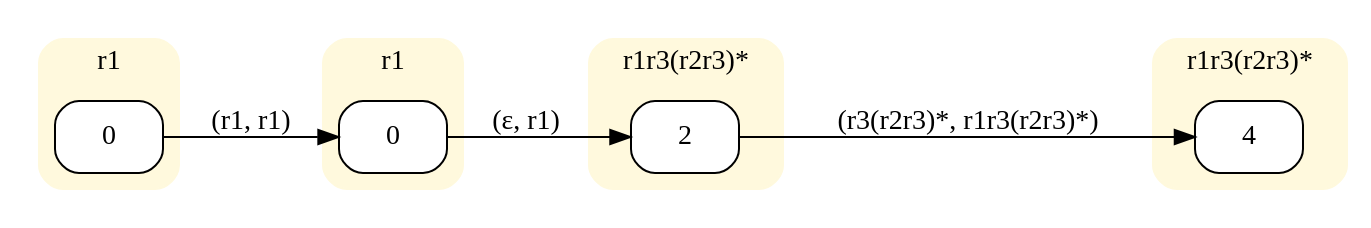
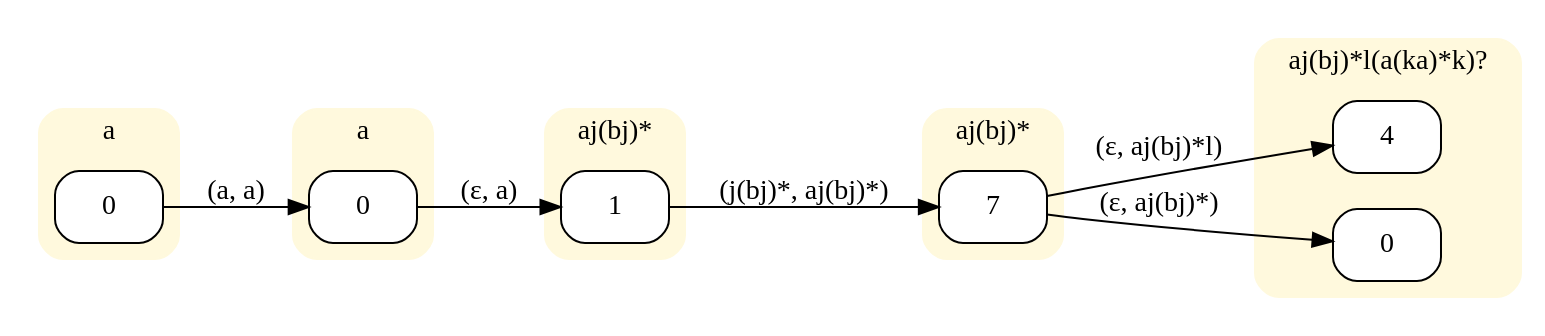
The diagram in input/s2_MON.dot (Stefano-BS/Explanatory-Diagnosis), drawn with Graphviz before and after one commit. The commit also changed 71 other files, not shown here.

```diff
--- a/input/s2_MON.dot
+++ b/input/s2_MON.dot
@@ -1,27 +1,35 @@
 digraph "MONinput/s2" {
 rankdir=LR
 node [style=filled fillcolor=white]
 subgraph cluster0 {
 style="rounded,filled" color="#FFF9DD" node [style="rounded,filled" shape=box fillcolor="#FFFFFF"]
-label="r1"
+label="a"
 M0S0 [label=0];
 }
 subgraph cluster1 {
 style="rounded,filled" color="#FFF9DD" node [style="rounded,filled" shape=box fillcolor="#FFFFFF"]
-label="r1"
+label="a"
 M1S0 [label=0];
 }
 subgraph cluster2 {
 style="rounded,filled" color="#FFF9DD" node [style="rounded,filled" shape=box fillcolor="#FFFFFF"]
-label="r1r3(r2r3)*"
-M2S2 [label=2];
+label="aj(bj)*"
+M2S1 [label=1];
 }
 subgraph cluster3 {
 style="rounded,filled" color="#FFF9DD" node [style="rounded,filled" shape=box fillcolor="#FFFFFF"]
-label="r1r3(r2r3)*"
-M3S4 [label=4];
+label="aj(bj)*"
+M3S7 [label=7];
 }
-M0S0 -> M1S0 [label="(r1, r1)"]
-M1S0 -> M2S2 [label="(ε, r1)"]
-M2S2 -> M3S4 [label="(r3(r2r3)*, r1r3(r2r3)*)"]
+subgraph cluster4 {
+style="rounded,filled" color="#FFF9DD" node [style="rounded,filled" shape=box fillcolor="#FFFFFF"]
+label="aj(bj)*l(a(ka)*k)?"
+M4S4 [label=4];
+M4S0 [label=0];
 }
+M0S0 -> M1S0 [label="(a, a)"]
+M1S0 -> M2S1 [label="(ε, a)"]
+M2S1 -> M3S7 [label="(j(bj)*, aj(bj)*)"]
+M3S7 -> M4S4 [label="(ε, aj(bj)*l)"]
+M3S7 -> M4S0 [label="(ε, aj(bj)*)"]
+}
```
